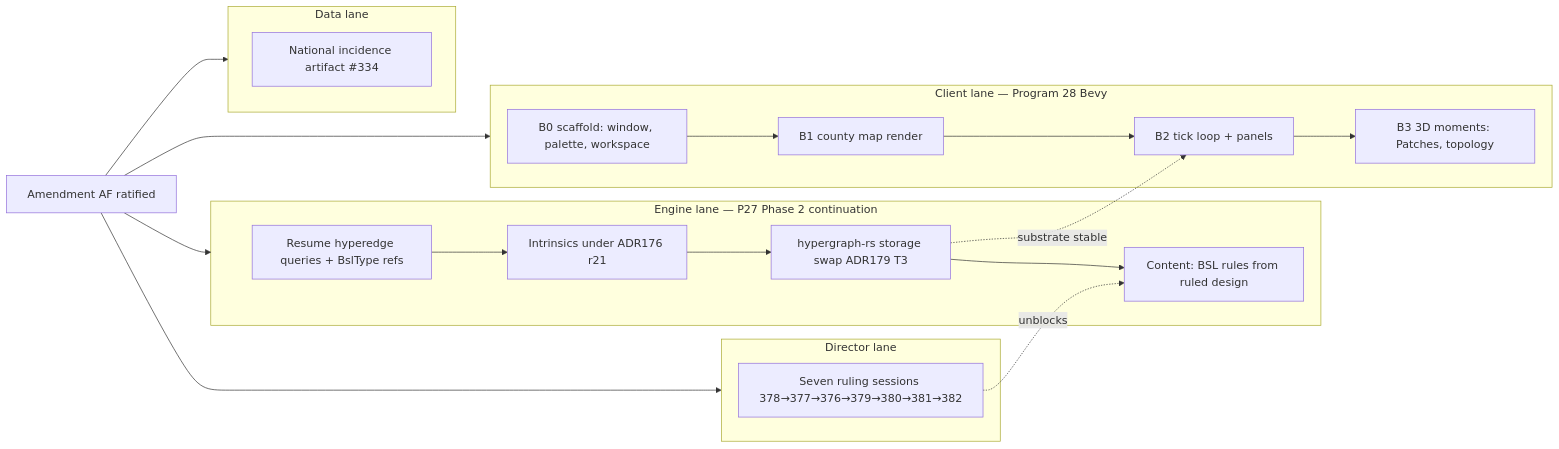
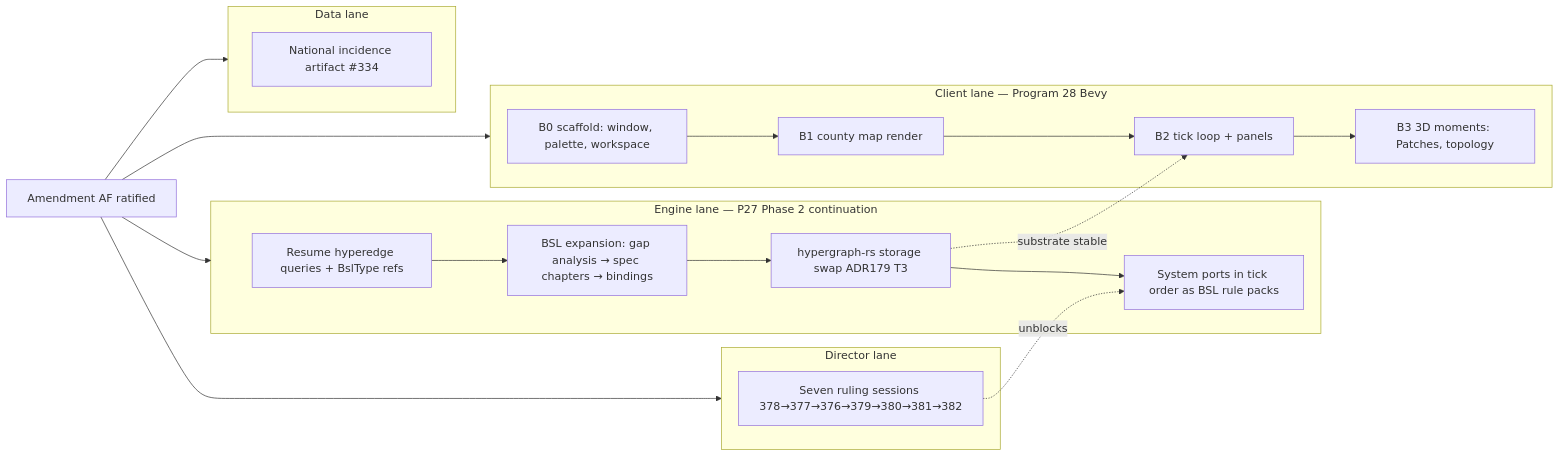
One commit to percy-raskova/babylon changed the diagram in docs/superpowers/specs/2026-08-10-program-28-bevy-cutover-roadmap-design.md. Above: the diagram before and after it, drawn with Mermaid. The commit also changed other lines of this file and 1 other file, not shown here.

First line of the commit message:
docs(p28): rulings R8-R10 — BSL-first porting doctrine + expansion track

````diff
--- a/docs/superpowers/specs/2026-08-10-program-28-bevy-cutover-roadmap-design.md
+++ b/docs/superpowers/specs/2026-08-10-program-28-bevy-cutover-roadmap-design.md
@@ -68,18 +71,18 @@
 ```mermaid
 flowchart LR
     AF[Amendment AF ratified] --> E & C & D & N
     subgraph E [Engine lane — P27 Phase 2 continuation]
-        E1[Resume hyperedge queries + BslType refs] --> E2[Intrinsics under ADR176 r21] --> E3[hypergraph-rs storage swap ADR179 T3] --> E4[Content: BSL rules from ruled design]
+        E1[Resume hyperedge queries + BslType refs] --> E2[BSL expansion: gap analysis → spec chapters → bindings] --> E3[hypergraph-rs storage swap ADR179 T3] --> E4[System ports in tick order as BSL rule packs]
     end
     subgraph C [Client lane — Program 28 Bevy]
         C1[B0 scaffold: window, palette, workspace] --> C2[B1 county map render] --> C3[B2 tick loop + panels] --> C4[B3 3D moments: Patches, topology]
     end
     subgraph D [Director lane]
         D1[Seven ruling sessions 378→377→376→379→380→381→382]
     end
     subgraph N [Data lane]
         N1[National incidence artifact #334]
     end
     D1 -.unblocks.-> E4
     E3 -.substrate stable.-> C3
 ```
````
